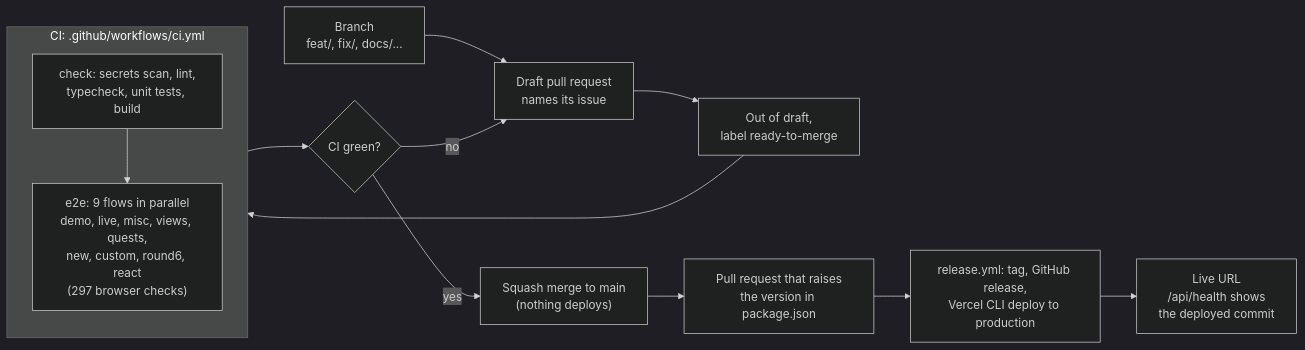
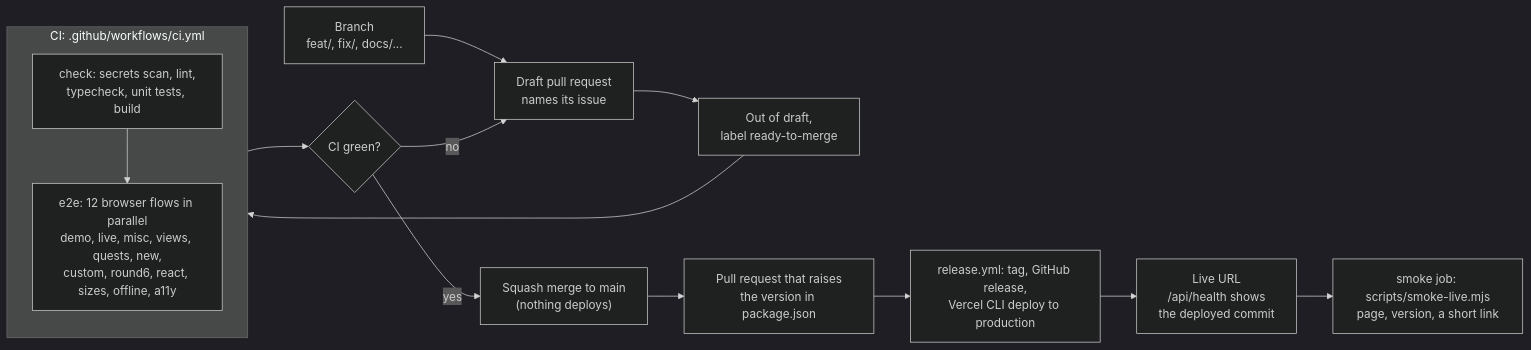
Before and after one commit to ismaeel-ch/Turnkey: the seventh of 10 diagrams in docs/architecture/overview.md, drawn with Mermaid (dark theme). The commit also changed other lines of this file and 19 other files, not shown here.

````diff
--- a/docs/architecture/overview.md
+++ b/docs/architecture/overview.md
@@ -337,16 +363,17 @@
 ```mermaid
 flowchart LR
   br["Branch<br/>feat/, fix/, docs/..."] --> pr["Draft pull request<br/>names its issue"]
   pr --> lbl["Out of draft,<br/>label ready-to-merge"]
   lbl --> ci
   subgraph ci["CI: .github/workflows/ci.yml"]
     direction TB
-    chk["check: secrets scan, lint,<br/>typecheck, unit tests, build"] --> e2e["e2e: 9 flows in parallel<br/>demo, live, misc, views, quests,<br/>new, custom, round6, react<br/>(297 browser checks)"]
+    chk["check: secrets scan, lint,<br/>typecheck, unit tests, build"] --> e2e["e2e: 12 browser flows in parallel<br/>demo, live, misc, views, quests, new,<br/>custom, round6, react, sizes, offline, a11y"]
   end
   ci --> gate{"CI green?"}
   gate -->|"no"| pr
   gate -->|"yes"| merge["Squash merge to main<br/>(nothing deploys)"]
   merge --> bump["Pull request that raises<br/>the version in package.json"]
   bump --> rel["release.yml: tag, GitHub release,<br/>Vercel CLI deploy to production"]
   rel --> live["Live URL<br/>/api/health shows<br/>the deployed commit"]
+  live --> smoke["smoke job: scripts/smoke-live.mjs<br/>page, version, a short link"]
 ```
````
